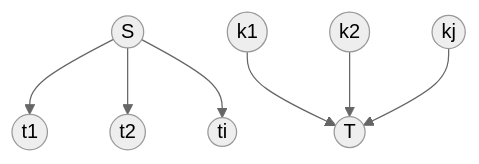
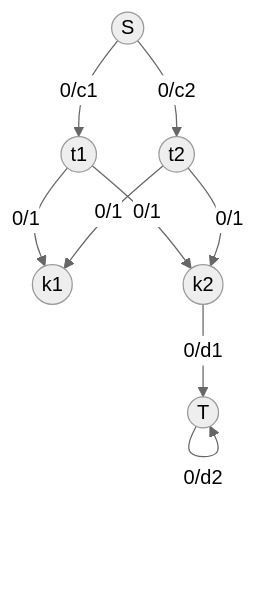
Before and after one commit to bfeitknecht/vault: the diagram in vault/sem2/AuW/UE/cx/bf/cx08-bf.md, drawn with Mermaid (neutral theme). The commit also changed other lines of this file, not shown here.

Commit message:
vault backup: 2024-05-11 07:19:59 from MacBook Pro (echo)
Affected files:
vault/sem2/AuW/UE/cx/bf/cx08-bf.md

````diff
--- a/vault/sem2/AuW/UE/cx/bf/cx08-bf.md
+++ b/vault/sem2/AuW/UE/cx/bf/cx08-bf.md
@@ -9,21 +9,19 @@
 ```mermaid
 flowchart TD
 
 id0((S))
 id1((t1))
 id2((t2))
-id3((ti))
-id4((k1))
-id5((k2))
-id6((kj))
-id7((T))
+id3((k1))
+id4((k2))
+id5((T))
 
-id0 --> id1 & id2 & id3
+id0 -->|"0/c1"| id1 -->|"0/1"| id3 & id4
+id0 -->|"0/c2"| id2 -->|"0/1"| id3 & id4
 
 
-id4 & id5 & id6 --> id7
-
-
+id4 -->|"0/d1"| id5
+id5 -->|"0/d2"| id5
 
 
 ```
````
